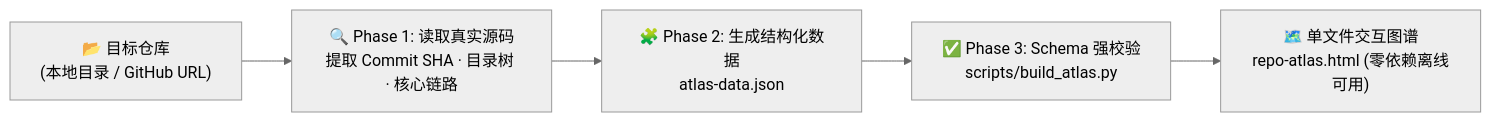
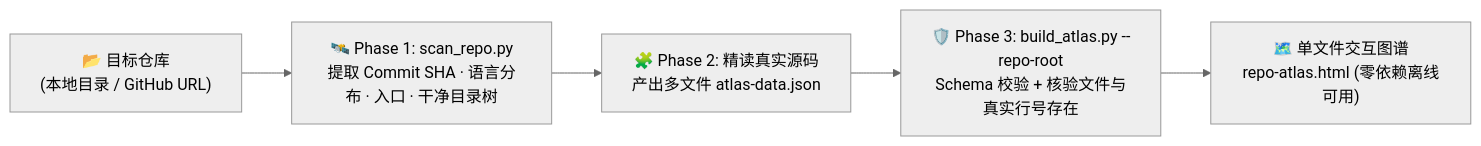
The diagram in README.md (tsumon/code-atlas-skill), drawn with Mermaid (neutral theme) before and after one commit. The commit also changed other lines of this file and 11 other files, not shown here.

Commit message:
feat: add scan_repo.py, multi-file chains, --repo-root grounding, port spreading, URL hash/exports, and live WeKnora GitHub Pages demo

````diff
--- a/README.md
+++ b/README.md
@@ -53,7 +68,7 @@
 ```mermaid
 flowchart LR
-    A["📂 目标仓库<br/>(本地目录 / GitHub URL)"] --> B["🔍 Phase 1: 读取真实源码<br/>提取 Commit SHA · 目录树 · 核心链路"]
-    B --> C["🧩 Phase 2: 生成结构化数据<br/>atlas-data.json"]
-    C --> D["✅ Phase 3: Schema 强校验<br/>scripts/build_atlas.py"]
+    A["📂 目标仓库<br/>(本地目录 / GitHub URL)"] --> B["🛰️ Phase 1: scan_repo.py<br/>提取 Commit SHA · 语言分布 · 入口 · 干净目录树"]
+    B --> C["🧩 Phase 2: 精读真实源码<br/>产出多文件 atlas-data.json"]
+    C --> D["🛡️ Phase 3: build_atlas.py --repo-root<br/>Schema 校验 + 核验文件与真实行号存在"]
     D --> E["🗺️ 单文件交互图谱<br/>repo-atlas.html (零依赖离线可用)"]
 ```
````
